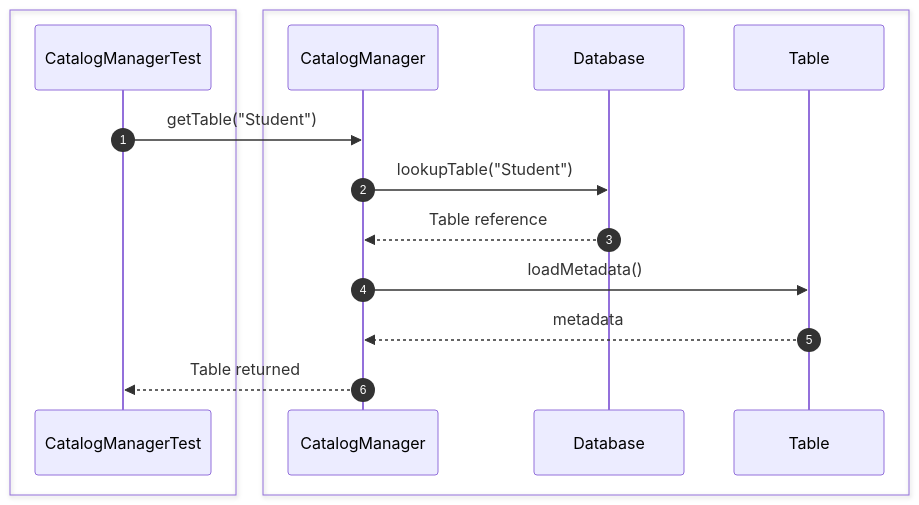
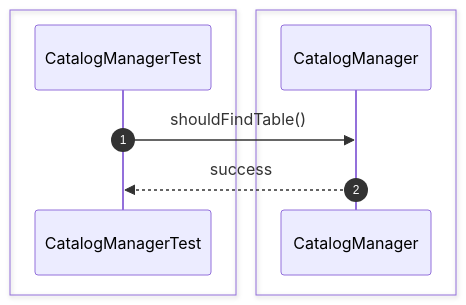
The seventh of 28 diagrams in src/sequence/catalog.md (Huy1801214/dbms-architecture), drawn with Mermaid before and after one commit. The commit also changed other lines of this file and 68 other files, not shown here.

Commit message:
implement comprehensive unit test suite and architectural sequence documentation

````diff
--- a/src/sequence/catalog.md
+++ b/src/sequence/catalog.md
@@ -148,24 +96,13 @@
 ```mermaid
 sequenceDiagram
     autonumber
     box #e1f5fe Test Suite
     participant Test as CatalogManagerTest
     end
-    box #e8f5e9 Catalog Objects
-    participant Catalog as CatalogManager
-    participant DB as Database
-    participant Tbl as Table
+    box #e8f5e9 CatalogManager Component
+    participant CM as CatalogManager
     end
 
-    Test->>Catalog: getTable("Student")
-
-    Catalog->>DB: lookupTable("Student")
-
-    DB-->>Catalog: Table reference
-
-    Catalog->>Tbl: loadMetadata()
-
-    Tbl-->>Catalog: metadata
-
-    Catalog-->>Test: Table returned
+    Test->>CM: shouldFindTable()
+    CM-->>Test: success
 ```
````
